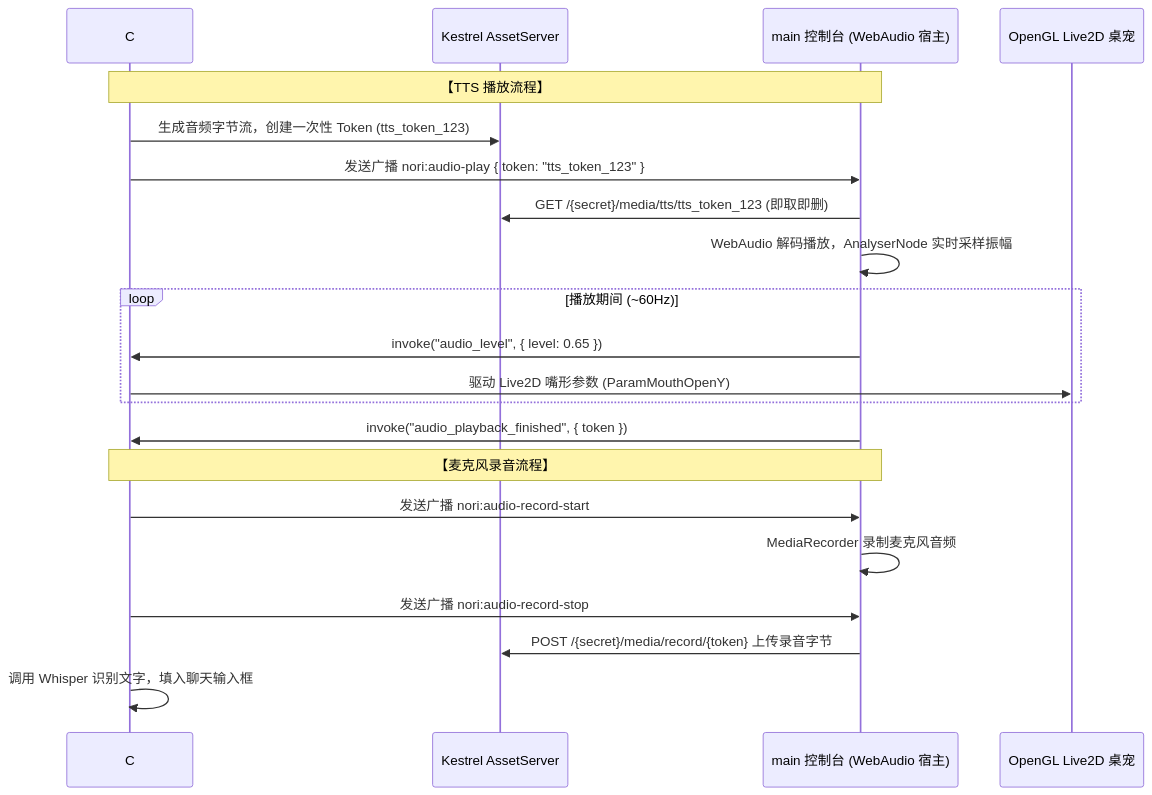
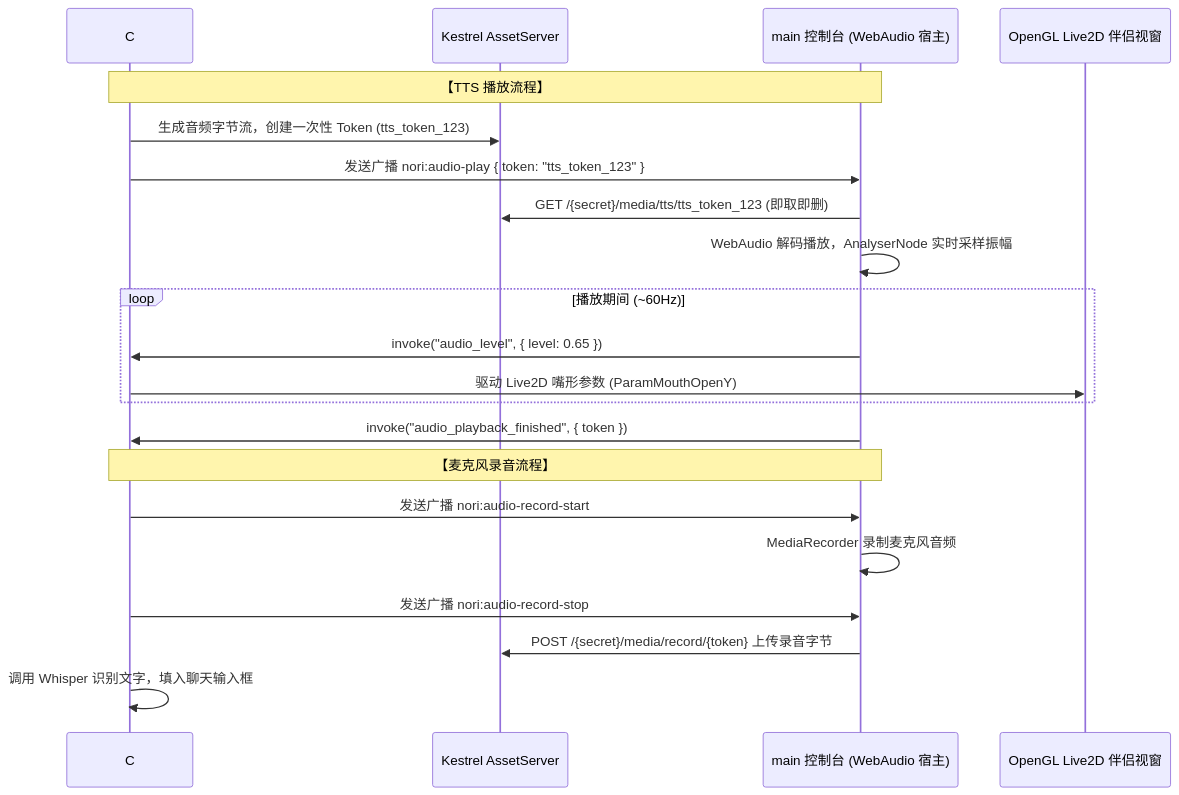
The diagram in docs/guide/voice-system.md (MF-Dust/Nori.Docs), drawn with Mermaid before and after one commit. The commit also changed other lines of this file and 39 other files, not shown here.

````diff
--- a/docs/guide/voice-system.md
+++ b/docs/guide/voice-system.md
@@ -11,25 +11,25 @@
 ```mermaid
 sequenceDiagram
     participant CSharp as C# VoiceService
     participant Asset as Kestrel AssetServer
     participant WebView as main 控制台 (WebAudio 宿主)
-    participant Pet as OpenGL Live2D 桌宠
+    participant Pet as OpenGL Live2D 伴侣视窗
 
     Note over CSharp,WebView: 【TTS 播放流程】
     CSharp->>Asset: 生成音频字节流，创建一次性 Token (tts_token_123)
     CSharp->>WebView: 发送广播 nori:audio-play { token: "tts_token_123" }
     WebView->>Asset: GET /{secret}/media/tts/tts_token_123 (即取即删)
     WebView->>WebView: WebAudio 解码播放，AnalyserNode 实时采样振幅
     loop 播放期间 (~60Hz)
         WebView->>CSharp: invoke("audio_level", { level: 0.65 })
         CSharp->>Pet: 驱动 Live2D 嘴形参数 (ParamMouthOpenY)
     end
     WebView->>CSharp: invoke("audio_playback_finished", { token })
 
     Note over CSharp,WebView: 【麦克风录音流程】
     CSharp->>WebView: 发送广播 nori:audio-record-start
     WebView->>WebView: MediaRecorder 录制麦克风音频
     CSharp->>WebView: 发送广播 nori:audio-record-stop
     WebView->>Asset: POST /{secret}/media/record/{token} 上传录音字节
     CSharp->>CSharp: 调用 Whisper 识别文字，填入聊天输入框
 ```
````
